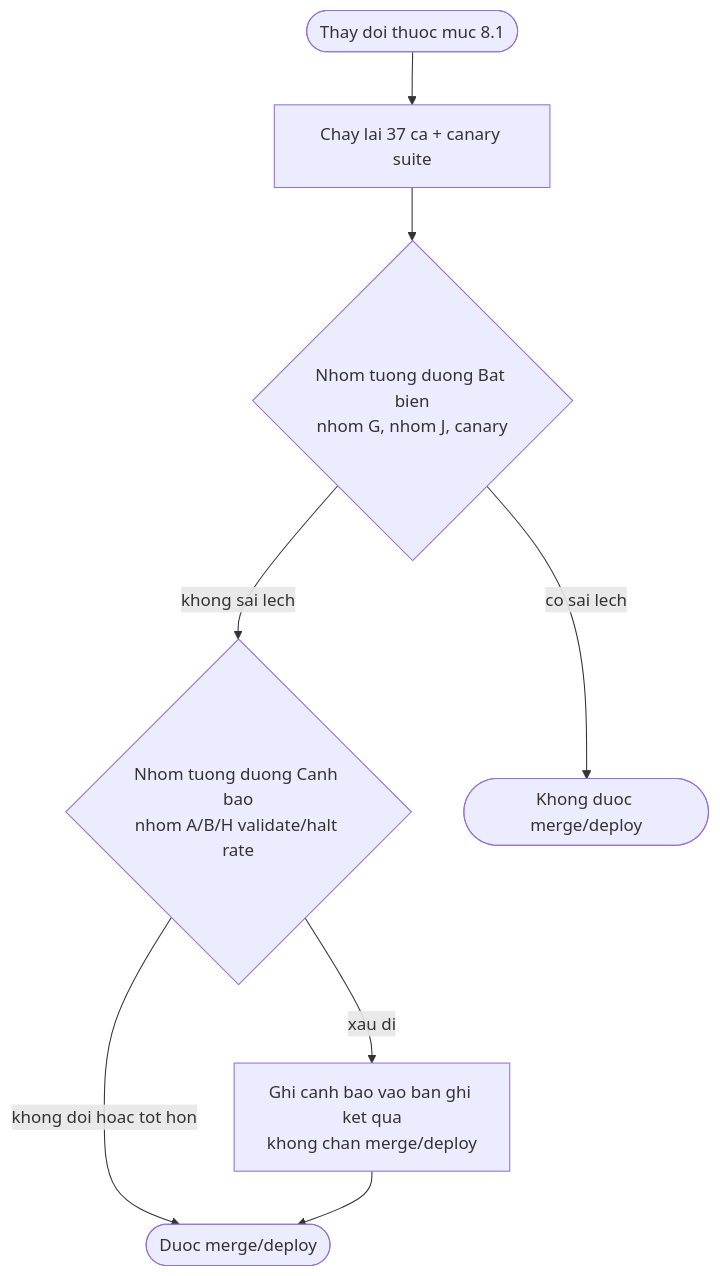
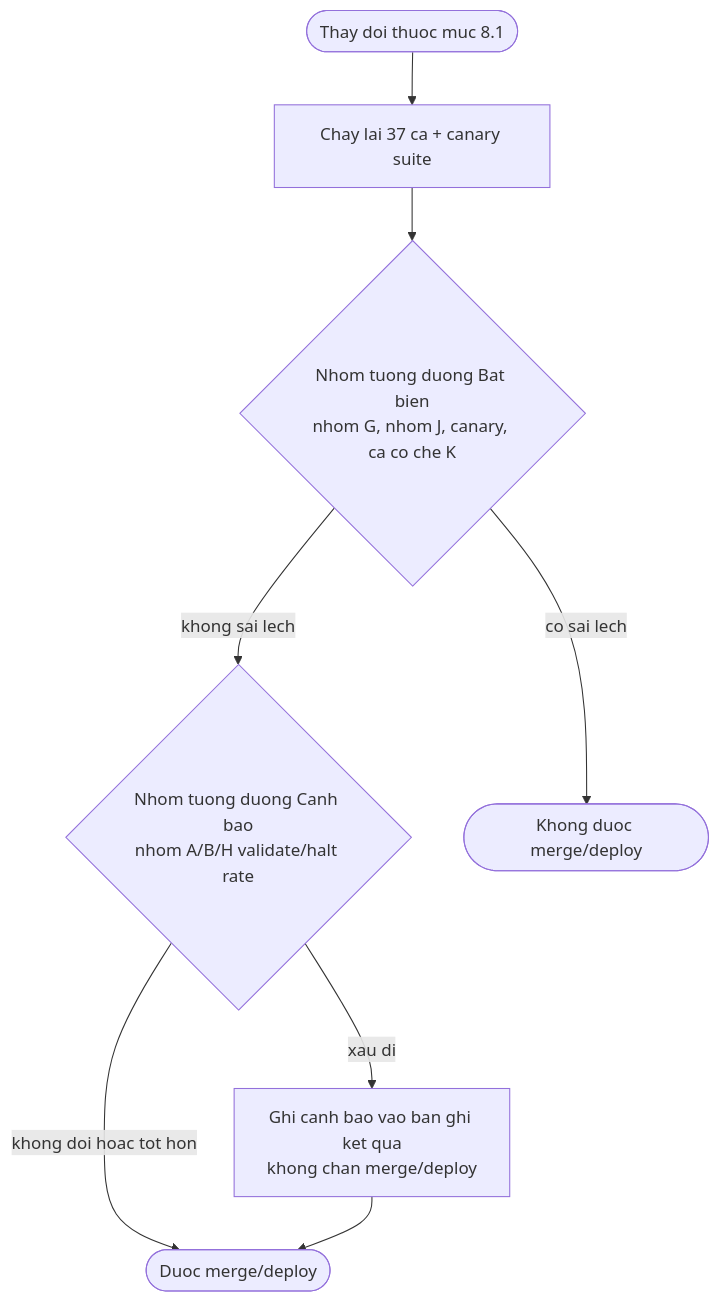
The diagram in docs/design/10-eval.md (CongDuc02/AdminServiceDeskAgent), drawn with Mermaid before and after one commit. The commit also changed other lines of this file and 11 other files, not shown here.

````diff
--- a/docs/design/10-eval.md
+++ b/docs/design/10-eval.md
@@ -199,18 +215,18 @@
 ```mermaid
 flowchart TD
     START([Thay doi thuoc muc 8.1])
     RUN[Chay lai 37 ca + canary suite]
-    INVCHECK{Nhom tuong duong Bat bien<br/>nhom G, nhom J, canary}
+    INVCHECK{Nhom tuong duong Bat bien<br/>nhom G, nhom J, canary, ca co che K}
     WARNCHECK{Nhom tuong duong Canh bao<br/>nhom A/B/H validate/halt rate}
     HARDBLOCK([Khong duoc merge/deploy])
     SOFTWARN[Ghi canh bao vao ban ghi ket qua<br/>khong chan merge/deploy]
     PASS([Duoc merge/deploy])
 
     START --> RUN
     RUN --> INVCHECK
     INVCHECK -->|co sai lech| HARDBLOCK
     INVCHECK -->|khong sai lech| WARNCHECK
     WARNCHECK -->|xau di| SOFTWARN
     WARNCHECK -->|khong doi hoac tot hon| PASS
     SOFTWARN --> PASS
 ```
````
